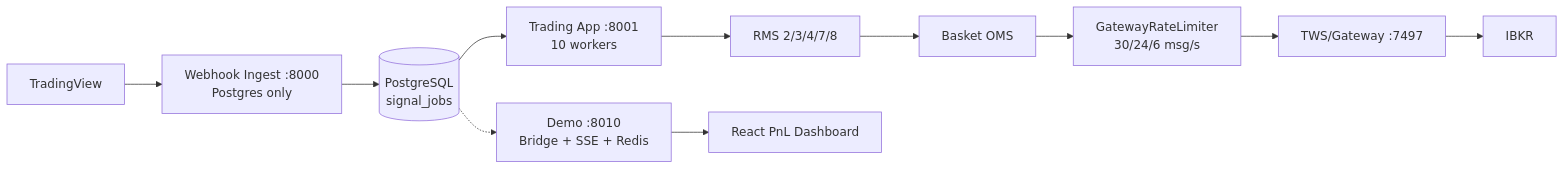
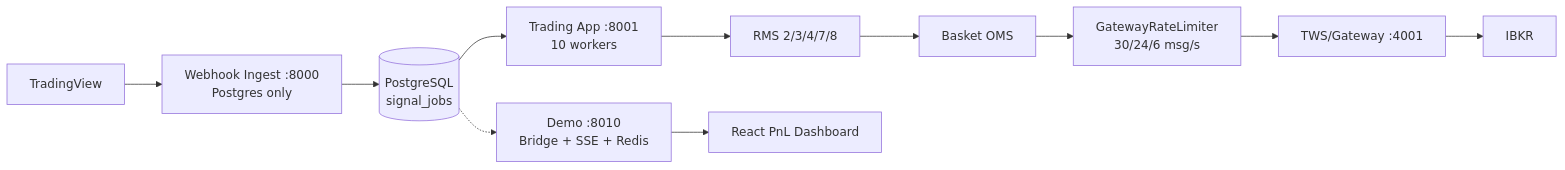
The diagram in README.md (sahilsinghs15/ibkr-paper-trading-system), drawn with Mermaid before and after one commit. The commit also changed other lines of this file and 172 other files, not shown here.

````diff
--- a/README.md
+++ b/README.md
@@ -16,13 +16,13 @@
 ```mermaid
 flowchart LR
     TV[TradingView] --> INGEST[Webhook Ingest :8000<br/>Postgres only]
     INGEST --> PG[(PostgreSQL<br/>signal_jobs)]
     PG --> WORKERS[Trading App :8001<br/>10 workers]
     WORKERS --> RMS[RMS 2/3/4/7/8]
     RMS --> OMS[Basket OMS]
     OMS --> RL[GatewayRateLimiter<br/>30/24/6 msg/s]
-    RL --> TWS[TWS/Gateway :7497]
+    RL --> TWS[TWS/Gateway :4001]
     TWS --> IBKR[IBKR]
     PG -.-> DEMO[Demo :8010<br/>Bridge + SSE + Redis]
     DEMO --> FE[React PnL Dashboard]
 ```
````
